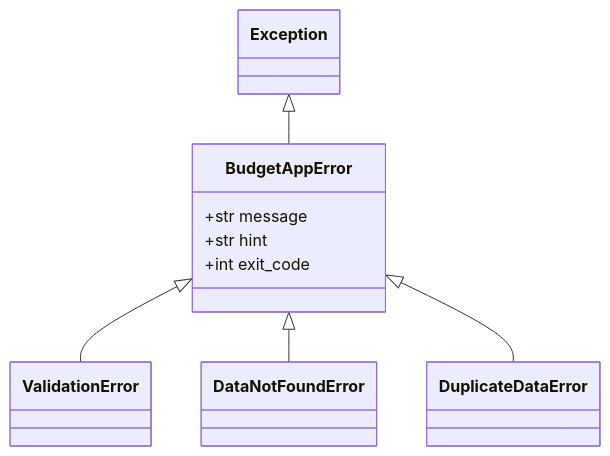
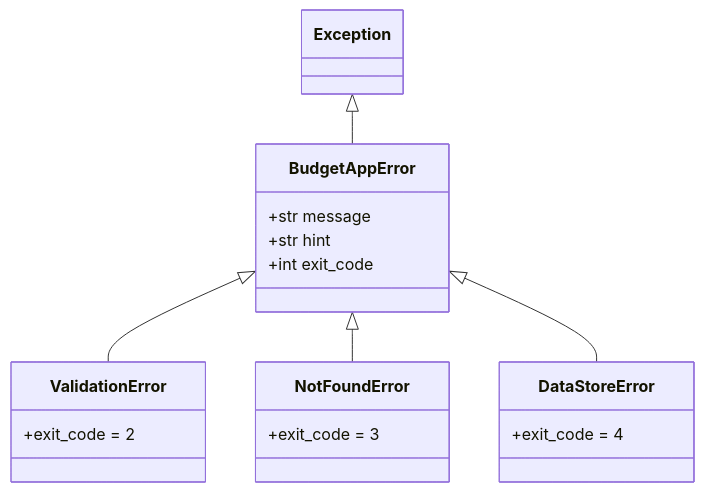
The diagram in docs/learning/05_error_handling_and_cli.md (ChoMyeongHwan/console-pocket-book), drawn with Mermaid before and after one commit. The commit also changed other lines of this file and 16 other files, not shown here.

````diff
--- a/docs/learning/05_error_handling_and_cli.md
+++ b/docs/learning/05_error_handling_and_cli.md
@@ -27,13 +31,22 @@
 ```mermaid
 classDiagram
     Exception <|-- BudgetAppError
     BudgetAppError <|-- ValidationError
-    BudgetAppError <|-- DataNotFoundError
-    BudgetAppError <|-- DuplicateDataError
+    BudgetAppError <|-- NotFoundError
+    BudgetAppError <|-- DataStoreError
     
     class BudgetAppError {
         +str message
         +str hint
         +int exit_code
     }
+    class ValidationError {
+        +exit_code = 2
+    }
+    class NotFoundError {
+        +exit_code = 3
+    }
+    class DataStoreError {
+        +exit_code = 4
+    }
 ```
````
